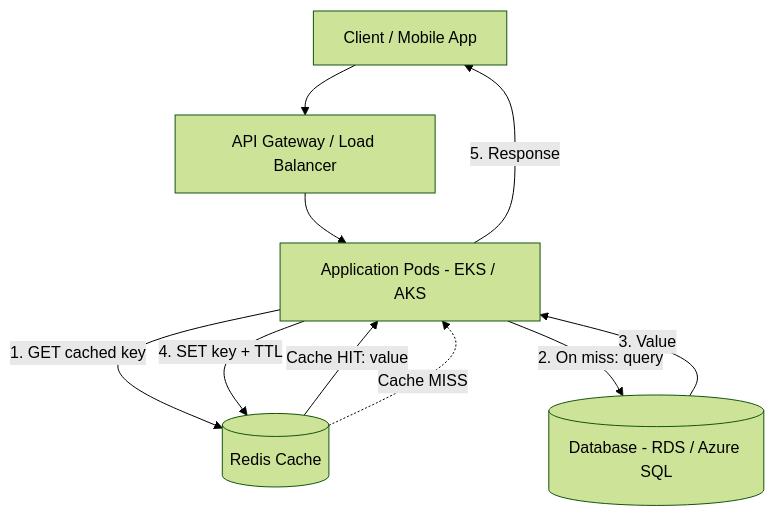
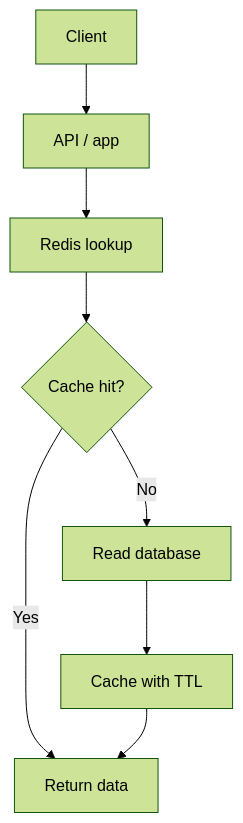
Before and after one commit to Johnybritto/system_design: the first of 14 diagrams in system_design_notes/04_caching_strategies_redis_ha_failure_recovery_interview_notes.md, drawn with Mermaid (forest theme). The commit also changed other lines of this file, not shown here.

Commit message:
docs: align caching guide with chat Q&A and simplify Mermaid diagrams

````diff
--- a/system_design_notes/04_caching_strategies_redis_ha_failure_recovery_interview_notes.md
+++ b/system_design_notes/04_caching_strategies_redis_ha_failure_recovery_interview_notes.md
@@ -17,16 +17,10 @@
 ```mermaid
-  flowchart TD
-  A["Client / Mobile App"]
-  B["API Gateway / Load Balancer"]
-  C["Application Pods - EKS / AKS"]
-  D[("Redis Cache")]
-  E[("Database - RDS / Azure SQL")]
-  A --> B --> C
-  C -->|"1. GET cached key"| D
-  D -->|"Cache HIT: value"| C
-  D -.->|"Cache MISS"| C
-  C -->|"2. On miss: query"| E
-  E -->|"3. Value"| C
-  C -->|"4. SET key + TTL"| D
-  C -->|"5. Response"| A
+flowchart TD
+  A["Client"] --> B["API / app"]
+  B --> C["Redis lookup"]
+  C --> D{"Cache hit?"}
+  D -->|Yes| E["Return data"]
+  D -->|No| F["Read database"]
+  F --> G["Cache with TTL"]
+  G --> E
 ```
````
